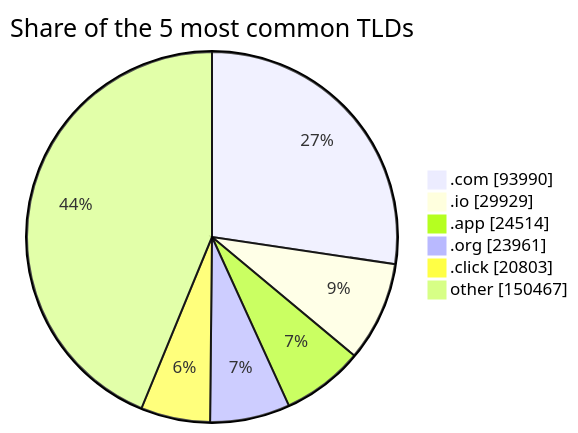
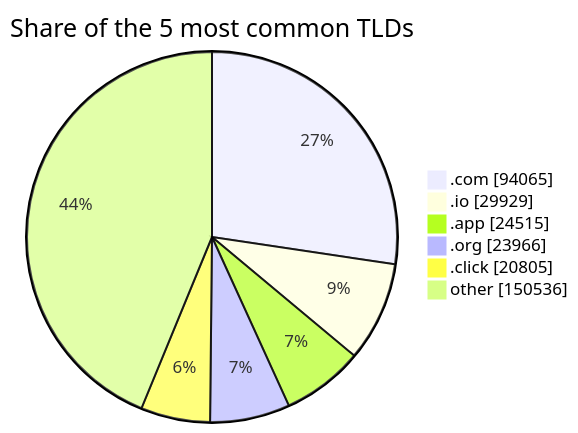
One commit to DNSBunker/CTI changed the third of 3 diagrams in README.md. Above: the diagram before and after it, drawn with Mermaid. The commit also changed other lines of this file and 4 other files, not shown here.

````diff
--- a/README.md
+++ b/README.md
@@ -81,9 +81,9 @@
 ```mermaid
 pie showData title Share of the 5 most common TLDs
-    ".com" : 93990
+    ".com" : 94065
     ".io" : 29929
-    ".app" : 24514
-    ".org" : 23961
-    ".click" : 20803
-    "other" : 150467
+    ".app" : 24515
+    ".org" : 23966
+    ".click" : 20805
+    "other" : 150536
 ```
````
